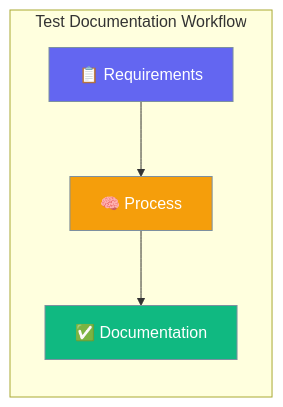
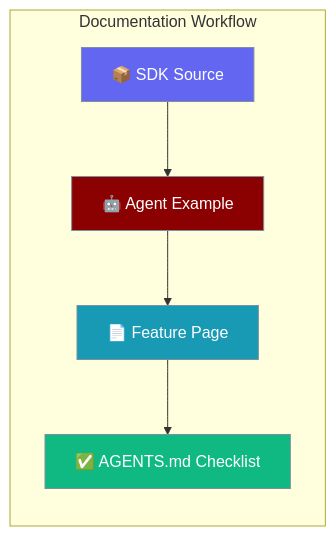
The first of 2 diagrams in docs/features/test-documentation.mdx (MervinPraison/PraisonAIDocs), drawn with Mermaid before and after one commit. The commit also changed other lines of this file and 4 other files, not shown here.

````diff
--- a/docs/features/test-documentation.mdx
+++ b/docs/features/test-documentation.mdx
@@ -10,15 +20,18 @@
 ```mermaid
 graph LR
-    subgraph "Test Documentation Workflow"
-        A[📋 Requirements] --> B[🧠 Process]
-        B --> C[✅ Documentation]
+    subgraph "Documentation Workflow"
+        SDK[📦 SDK Source] --> Agent[🤖 Agent Example]
+        Agent --> Page[📄 Feature Page]
+        Page --> Review[✅ AGENTS.md Checklist]
     end
-    
-    classDef input fill:#6366F1,stroke:#7C90A0,color:#fff
-    classDef process fill:#F59E0B,stroke:#7C90A0,color:#fff
-    classDef output fill:#10B981,stroke:#7C90A0,color:#fff
-    
-    class A input
-    class B process
-    class C output
+
+    classDef sdk fill:#6366F1,stroke:#7C90A0,color:#fff
+    classDef agent fill:#8B0000,stroke:#7C90A0,color:#fff
+    classDef page fill:#189AB4,stroke:#7C90A0,color:#fff
+    classDef review fill:#10B981,stroke:#7C90A0,color:#fff
+
+    class SDK sdk
+    class Agent agent
+    class Page page
+    class Review review
 ```
````
